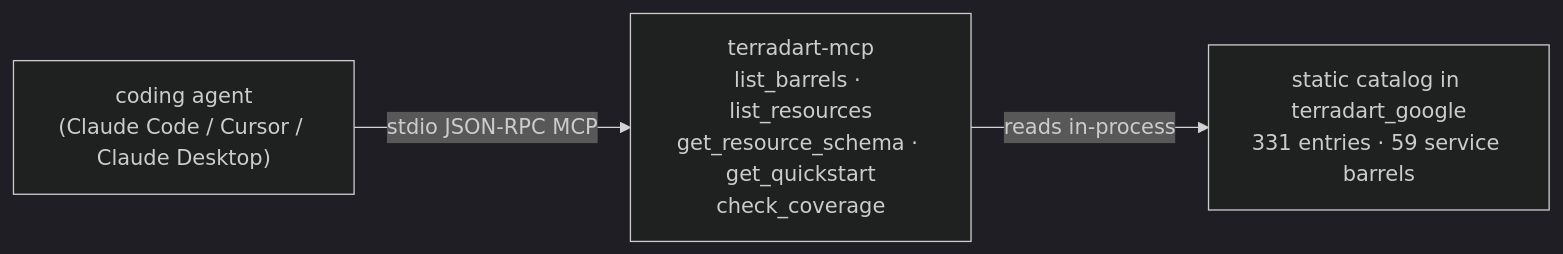
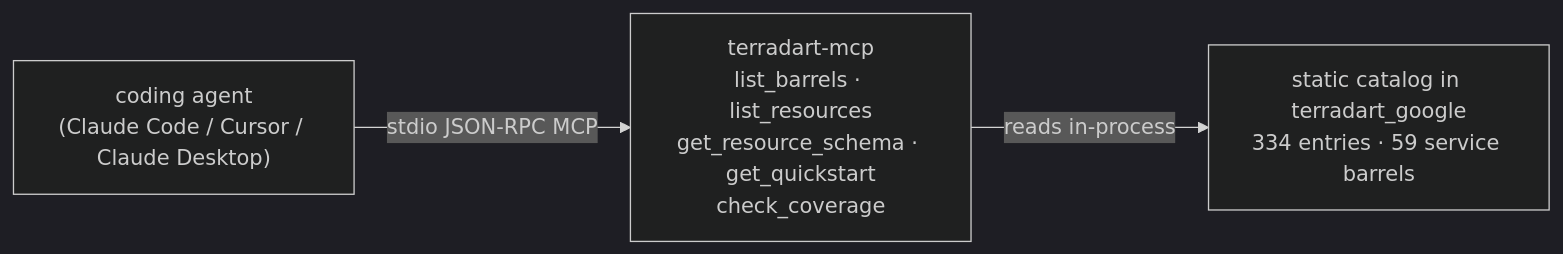
One commit to nozomi-koborinai/terradart changed the diagram in website/src/content/docs/docs/agent/index.md. Above: the diagram before and after it, drawn with Mermaid (dark theme). The commit also changed other lines of this file and 93 other files, not shown here.

````diff
--- a/website/src/content/docs/docs/agent/index.md
+++ b/website/src/content/docs/docs/agent/index.md
@@ -12,8 +12,8 @@
 ```mermaid
 graph LR
   agent["coding agent<br/>(Claude Code / Cursor / Claude Desktop)"]
   mcp["terradart-mcp<br/>list_barrels · list_resources<br/>get_resource_schema · get_quickstart<br/>check_coverage"]
-  catalog["static catalog in terradart_google<br/>331 entries · 59 service barrels"]
+  catalog["static catalog in terradart_google<br/>334 entries · 59 service barrels"]
   agent -->|stdio JSON-RPC MCP| mcp
   mcp -->|reads in-process| catalog
 ```
````
